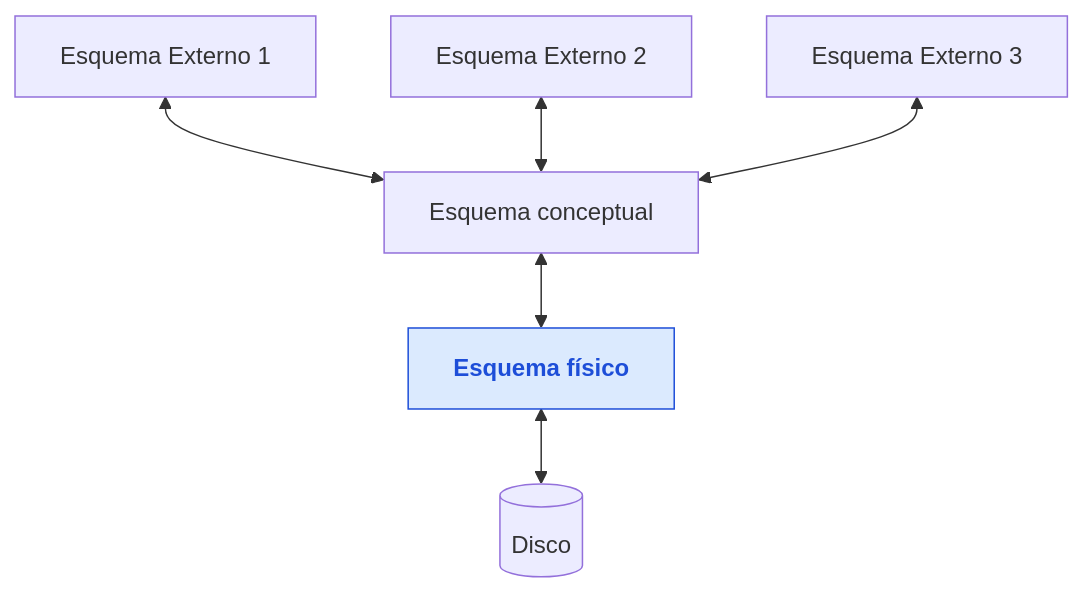
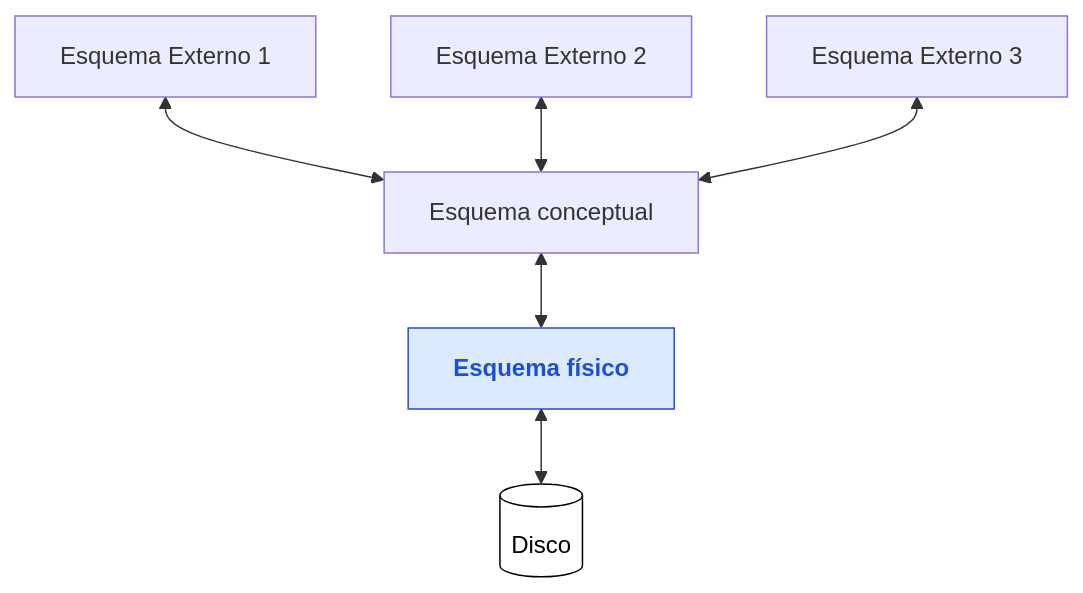
The diagram in notes/2018/teoria/unidad-I/apunte.md (apuntes-frre/isi-2008-gestion-de-datos), drawn with Mermaid before and after one commit.

Commit message:
style: fondo blanco para nodo Disco en diagrama Unidad I

````diff
--- a/notes/2018/teoria/unidad-I/apunte.md
+++ b/notes/2018/teoria/unidad-I/apunte.md
@@ -147,17 +147,18 @@
 ```mermaid
 flowchart BT
     D[("Disco")]
     EF["Esquema físico"]
     EC["Esquema conceptual"]
     EE1["Esquema Externo 1"]
     EE2["Esquema Externo 2"]
     EE3["Esquema Externo 3"]
 
     D   <--> EF
     EF  <--> EC
     EC  <--> EE1
     EC  <--> EE2
     EC  <--> EE3
 
+    style D fill:#ffffff,stroke:#000000,color:#000000
     style EF fill:#dbeafe,stroke:#1d4ed8,color:#1d4ed8,font-weight:bold
 ```
````
